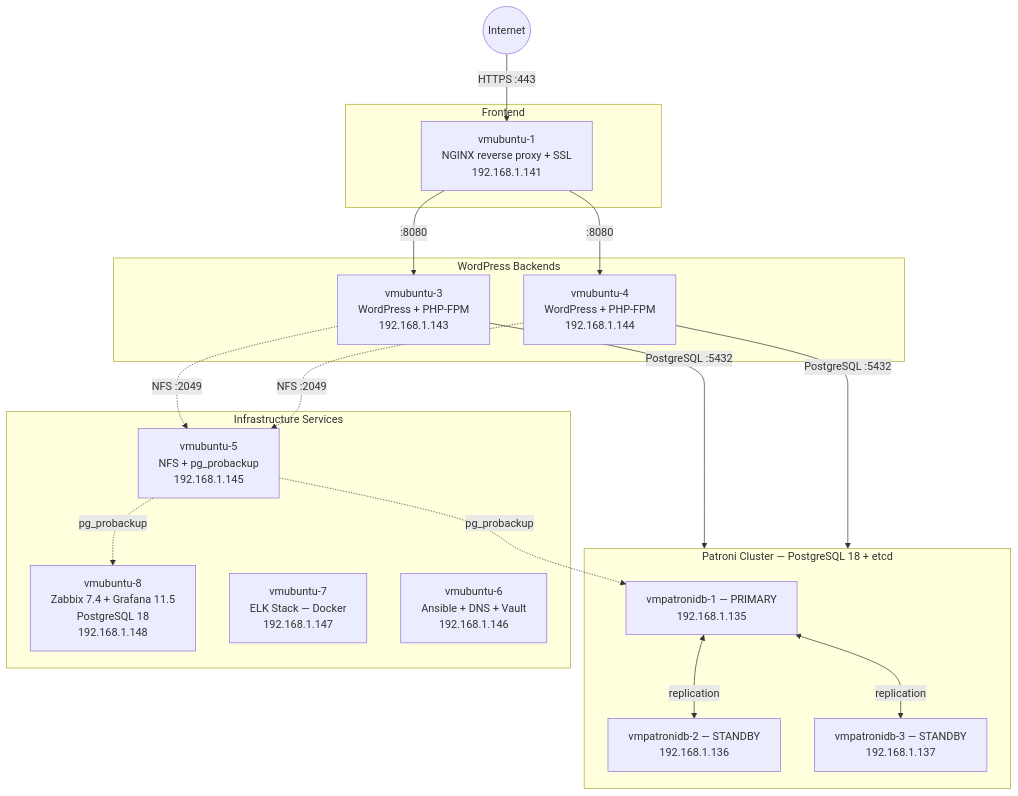
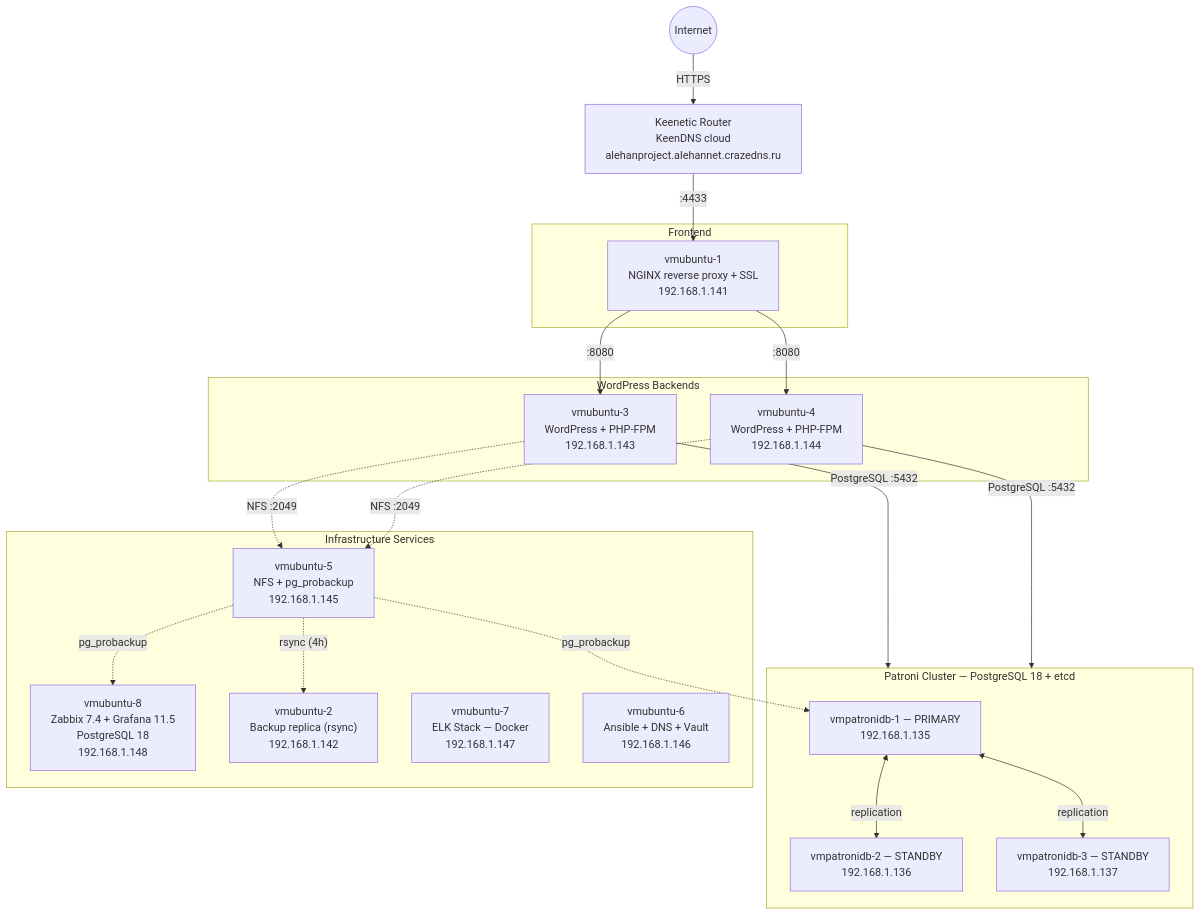
The diagram in README.md (likedba/Patroni_automation), drawn with Mermaid before and after one commit. The commit also changed other lines of this file and 2 other files, not shown here.

Commit message:
WordPress -  Project homepage added

````diff
--- a/README.md
+++ b/README.md
@@ -70,39 +70,43 @@
 ```mermaid
 graph TB
-    Internet((Internet)) -->|"HTTPS :443"| nginx
+    Internet((Internet)) -->|"HTTPS"| keenetic
+    keenetic["Keenetic Router<br/>KeenDNS cloud<br/>alehanproject.alehannet.crazedns.ru"] -->|":4433"| nginx
 
     subgraph frontend [Frontend]
         nginx["vmubuntu-1<br/>NGINX reverse proxy + SSL<br/>192.168.1.141"]
     end
 
     nginx -->|":8080"| wp1
     nginx -->|":8080"| wp2
 
     subgraph backends [WordPress Backends]
         wp1["vmubuntu-3<br/>WordPress + PHP-FPM<br/>192.168.1.143"]
         wp2["vmubuntu-4<br/>WordPress + PHP-FPM<br/>192.168.1.144"]
     end
 
     wp1 -->|"PostgreSQL :5432"| cluster
     wp2 -->|"PostgreSQL :5432"| cluster
     wp1 -.->|"NFS :2049"| nfs
     wp2 -.->|"NFS :2049"| nfs
 
     subgraph cluster ["Patroni Cluster — PostgreSQL 18 + etcd"]
         db1["vmpatronidb-1 — PRIMARY<br/>192.168.1.135"]
         db2["vmpatronidb-2 — STANDBY<br/>192.168.1.136"]
         db3["vmpatronidb-3 — STANDBY<br/>192.168.1.137"]
         db1 <-->|"replication"| db2
         db1 <-->|"replication"| db3
     end
 
     nfs -.->|"pg_probackup"| db1
     nfs -.->|"pg_probackup"| mon
 
     subgraph infra [Infrastructure Services]
         nfs["vmubuntu-5<br/>NFS + pg_probackup<br/>192.168.1.145"]
+        bkp["vmubuntu-2<br/>Backup replica (rsync)<br/>192.168.1.142"]
         mon["vmubuntu-8<br/>Zabbix 7.4 + Grafana 11.5<br/>PostgreSQL 18<br/>192.168.1.148"]
         elk["vmubuntu-7<br/>ELK Stack — Docker<br/>192.168.1.147"]
         ctl["vmubuntu-6<br/>Ansible + DNS + Vault<br/>192.168.1.146"]
     end
+
+    nfs -.->|"rsync (4h)"| bkp
 ```
````
